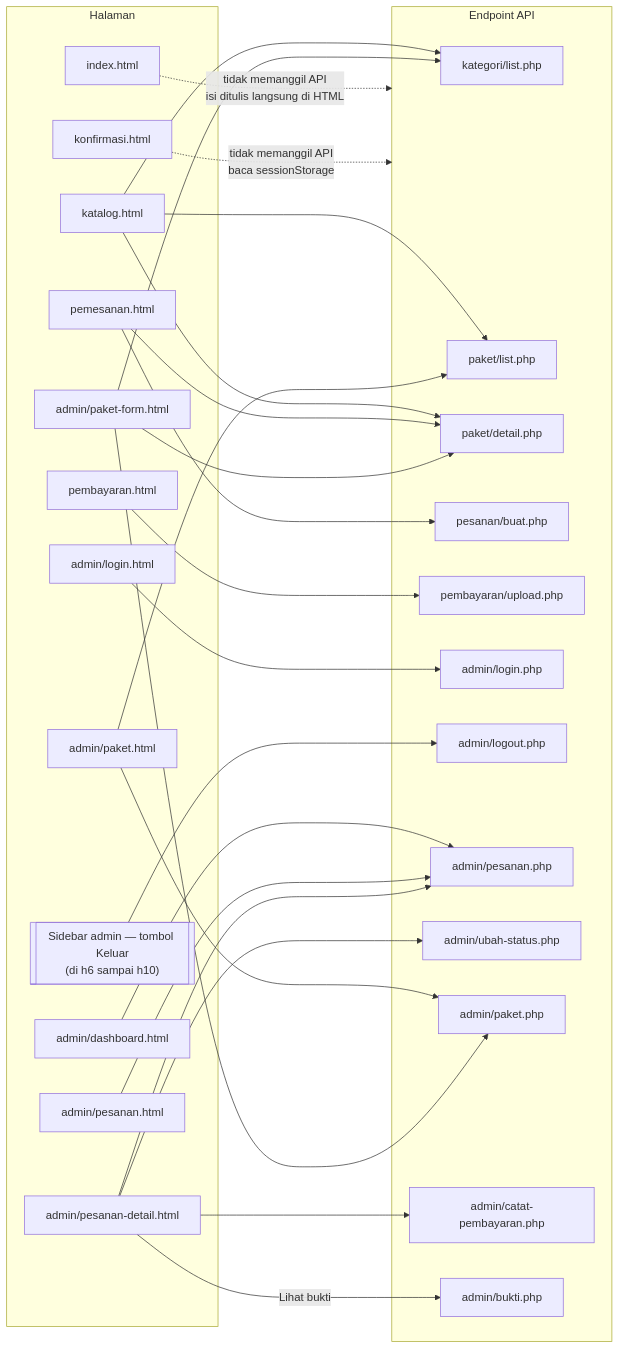
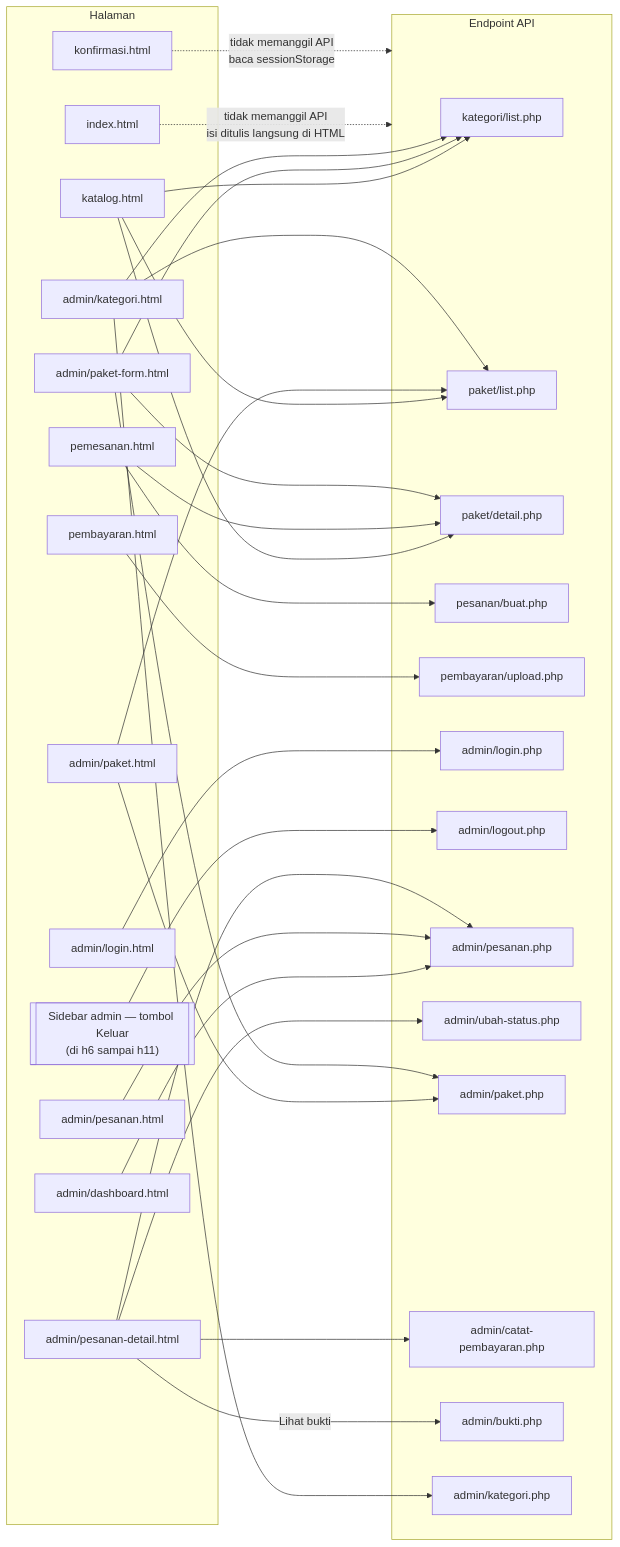
One commit to gustirizqon123-ops/Website_Jasa_PhotoVideo_SistemOperasi changed the second of 2 diagrams in SITEMAP.md. Above: the diagram before and after it, drawn with Mermaid. The commit also changed other lines of this file and 20 other files, not shown here.

````diff
--- a/SITEMAP.md
+++ b/SITEMAP.md
@@ -91,54 +91,59 @@
 ```mermaid
 flowchart LR
     subgraph halaman["Halaman"]
         h0["index.html"]
         h1["katalog.html"]
         h2["pemesanan.html"]
         h3["pembayaran.html"]
         h4["konfirmasi.html"]
         h5["admin/login.html"]
         h6["admin/dashboard.html"]
         h7["admin/pesanan.html"]
         h8["admin/pesanan-detail.html"]
         h9["admin/paket.html"]
         h10["admin/paket-form.html"]
-        hs[["Sidebar admin — tombol Keluar<br/>(di h6 sampai h10)"]]
+        h11["admin/kategori.html"]
+        hs[["Sidebar admin — tombol Keluar<br/>(di h6 sampai h11)"]]
     end
 
     subgraph api["Endpoint API"]
         e1["kategori/list.php"]
         e2["paket/list.php"]
         e3["paket/detail.php"]
         e4["pesanan/buat.php"]
         e5["pembayaran/upload.php"]
         e6["admin/login.php"]
         e7["admin/logout.php"]
         e8["admin/pesanan.php"]
         e9["admin/ubah-status.php"]
         e10["admin/paket.php"]
         e11["admin/catat-pembayaran.php"]
         e12["admin/bukti.php"]
+        e13["admin/kategori.php"]
     end
 
     h0 -.->|tidak memanggil API<br/>isi ditulis langsung di HTML| api
     h1 --> e1
     h1 --> e2
     h1 --> e3
     h2 --> e3
     h2 --> e4
     h3 --> e5
     h4 -.->|tidak memanggil API<br/>baca sessionStorage| api
     h5 --> e6
     h6 --> e8
     h7 --> e8
     h8 --> e8
     h8 --> e9
     h8 --> e11
     h8 -->|Lihat bukti| e12
     h9 --> e2
     h9 --> e10
     h10 --> e1
+    h11 --> e1
+    h11 --> e2
+    h11 --> e13
     h10 --> e3
     h10 --> e10
     hs --> e7
 ```
````
